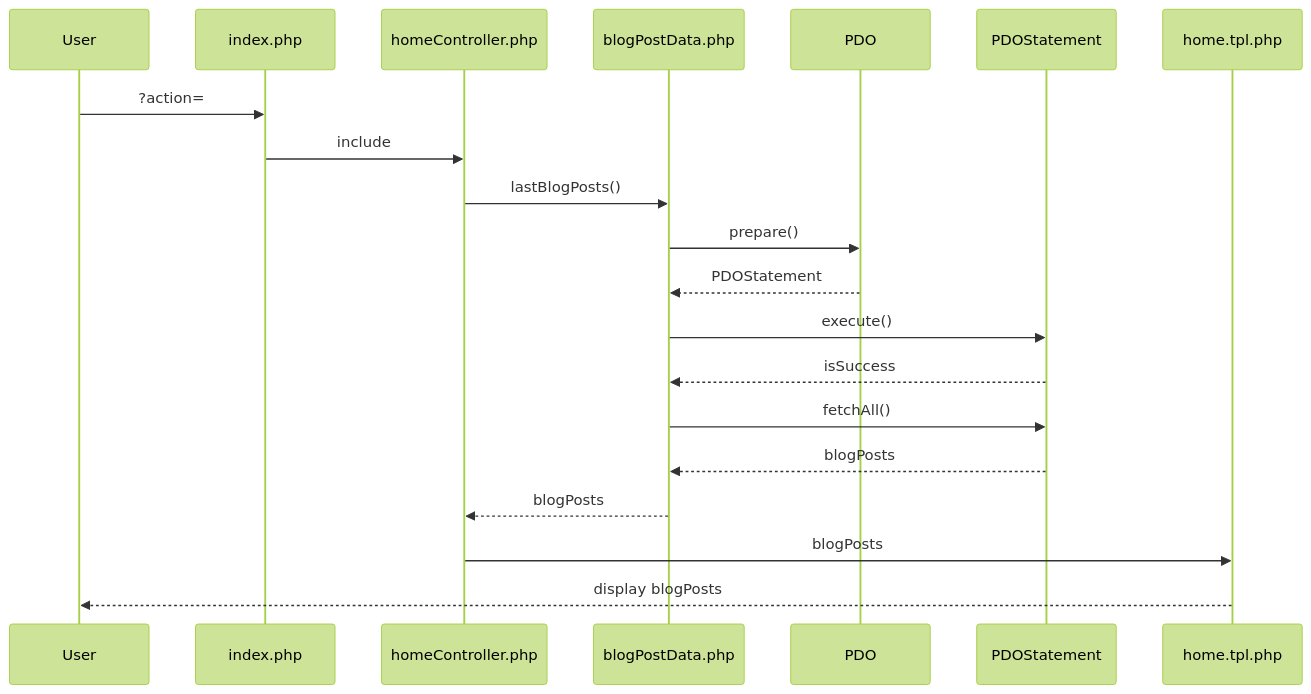
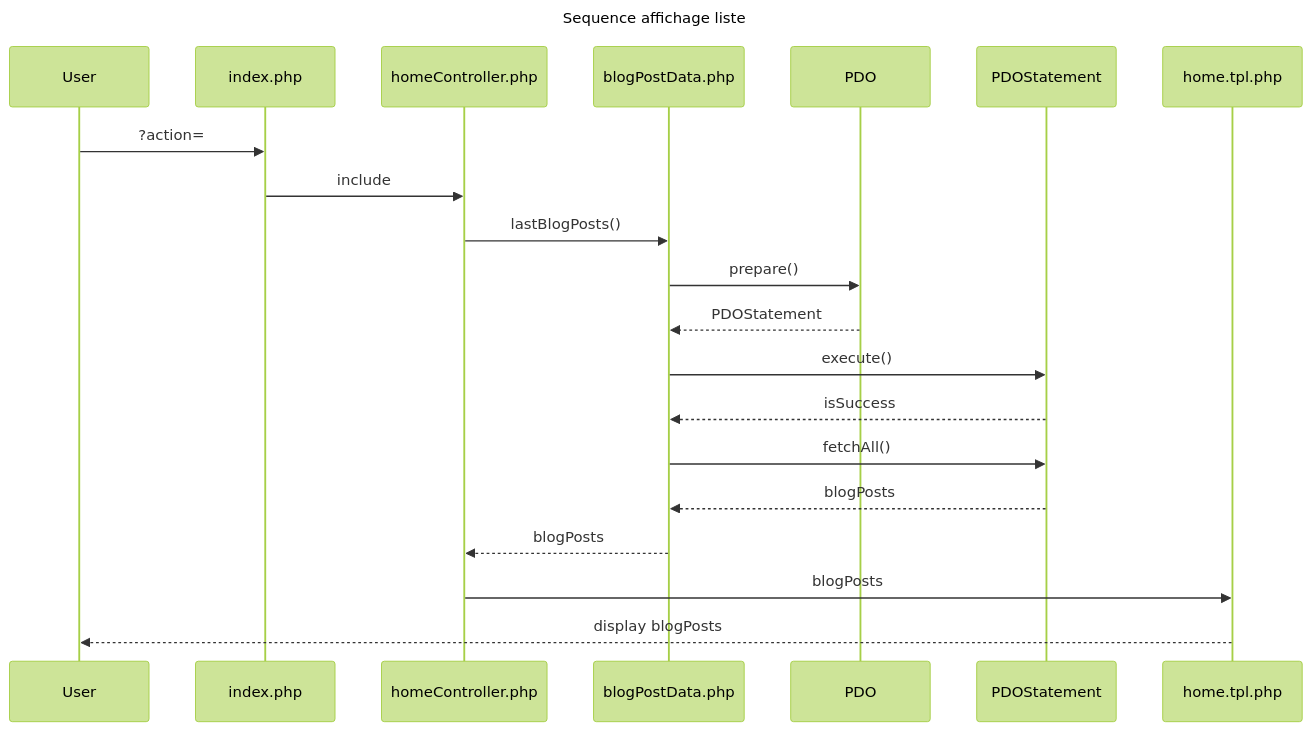
Before and after one commit to Groughy/blog: the first of 3 diagrams in doc/diagramme.md, drawn with Mermaid (forest theme). The commit also changed other lines of this file and 6 other files, not shown here.

````diff
--- a/doc/diagramme.md
+++ b/doc/diagramme.md
@@ -1,15 +1,18 @@
 ```mermaid
+---
+title : Sequence affichage liste
+---
 sequenceDiagram
 User->>index.php: ?action=
 index.php->>homeController.php: include
 homeController.php->>blogPostData.php: lastBlogPosts()
 blogPostData.php->>PDO: prepare()
 PDO-->>blogPostData.php: PDOStatement
 blogPostData.php->>PDOStatement: execute()
 PDOStatement-->>blogPostData.php: isSuccess
 blogPostData.php->>PDOStatement: fetchAll()
 PDOStatement-->>blogPostData.php: blogPosts
 blogPostData.php-->>homeController.php: blogPosts
 homeController.php->>home.tpl.php: blogPosts
 home.tpl.php-->>User: display blogPosts
 ```
````
